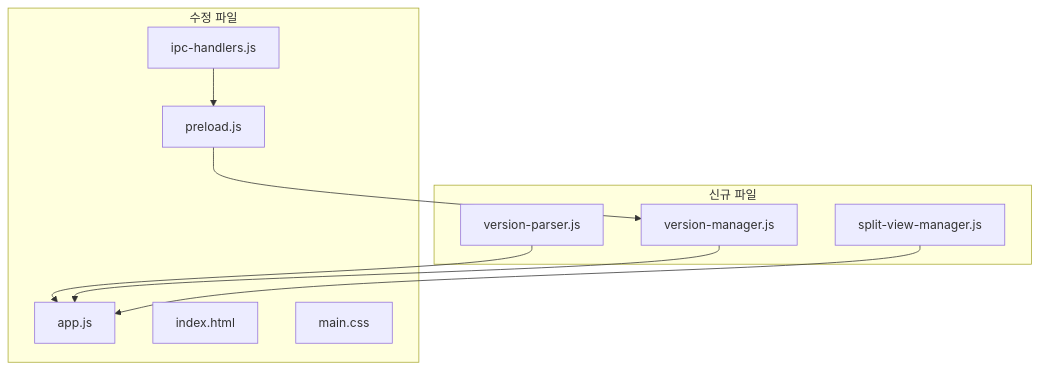
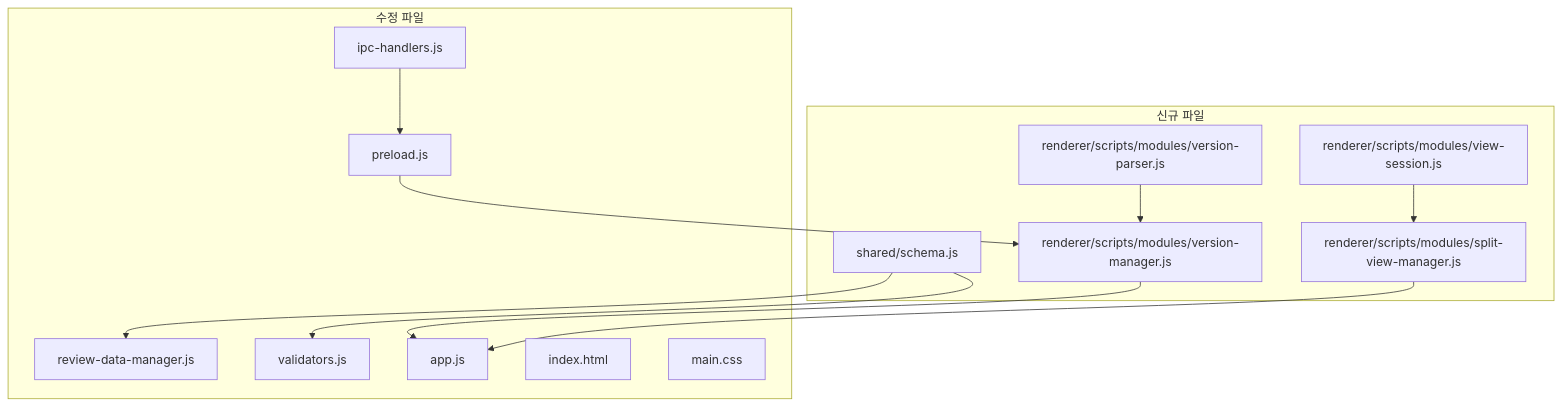
Diagram 12 of 12 in DEVLOG/버전관리시스템-개발.md (baehandoridori/BAEFRAME), drawn with Mermaid before and after one commit. The commit also changed other lines of this file, not shown here.

````diff
--- a/DEVLOG/버전관리시스템-개발.md
+++ b/DEVLOG/버전관리시스템-개발.md
@@ -246,22 +738,29 @@
 ```mermaid
 graph TD
     subgraph 신규 파일
-        VP[version-parser.js]
-        VM[version-manager.js]
-        SV[split-view-manager.js]
+        SC[shared/schema.js]
+        VP[renderer/scripts/modules/version-parser.js]
+        VM[renderer/scripts/modules/version-manager.js]
+        SV[renderer/scripts/modules/split-view-manager.js]
+        VS[renderer/scripts/modules/view-session.js]
     end
 
     subgraph 수정 파일
+        RDM[review-data-manager.js]
+        VAL[validators.js]
         APP[app.js]
         HTML[index.html]
         CSS[main.css]
         IPC[ipc-handlers.js]
         PRE[preload.js]
     end
 
-    VP --> APP
+    SC --> RDM
+    SC --> VAL
+    VP --> VM
     VM --> APP
+    VS --> SV
     SV --> APP
     IPC --> PRE
     PRE --> VM
 ```
````
